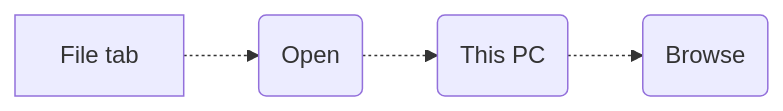
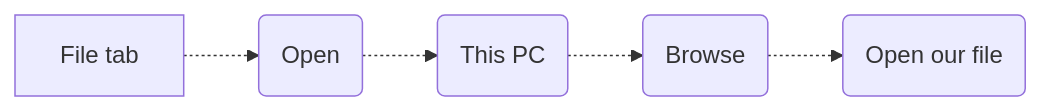
The diagram in lab1.qmd (bougioukas/medstatsjamovi123), drawn with Mermaid before and after one commit. The commit also changed other lines of this file and 41 other files, not shown here.

````diff
--- a/lab1.qmd
+++ b/lab1.qmd
@@ -119,4 +160,4 @@
 ```{mermaid}
 flowchart LR
-  A[File tab ] -.-> B(Open) -.-> C(This PC) -.-> D(Browse)
+  A[File tab ] -.-> B(Open) -.-> C(This PC) -.-> D(Browse) -.-> E(Open our file)
 ```
````
